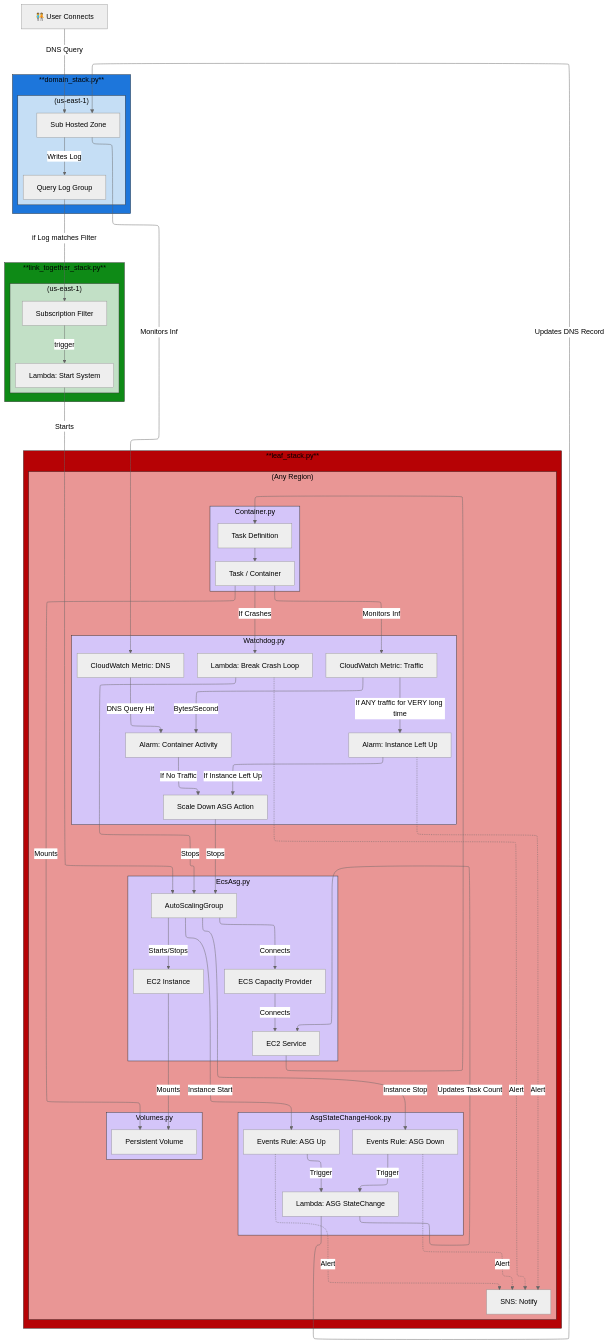
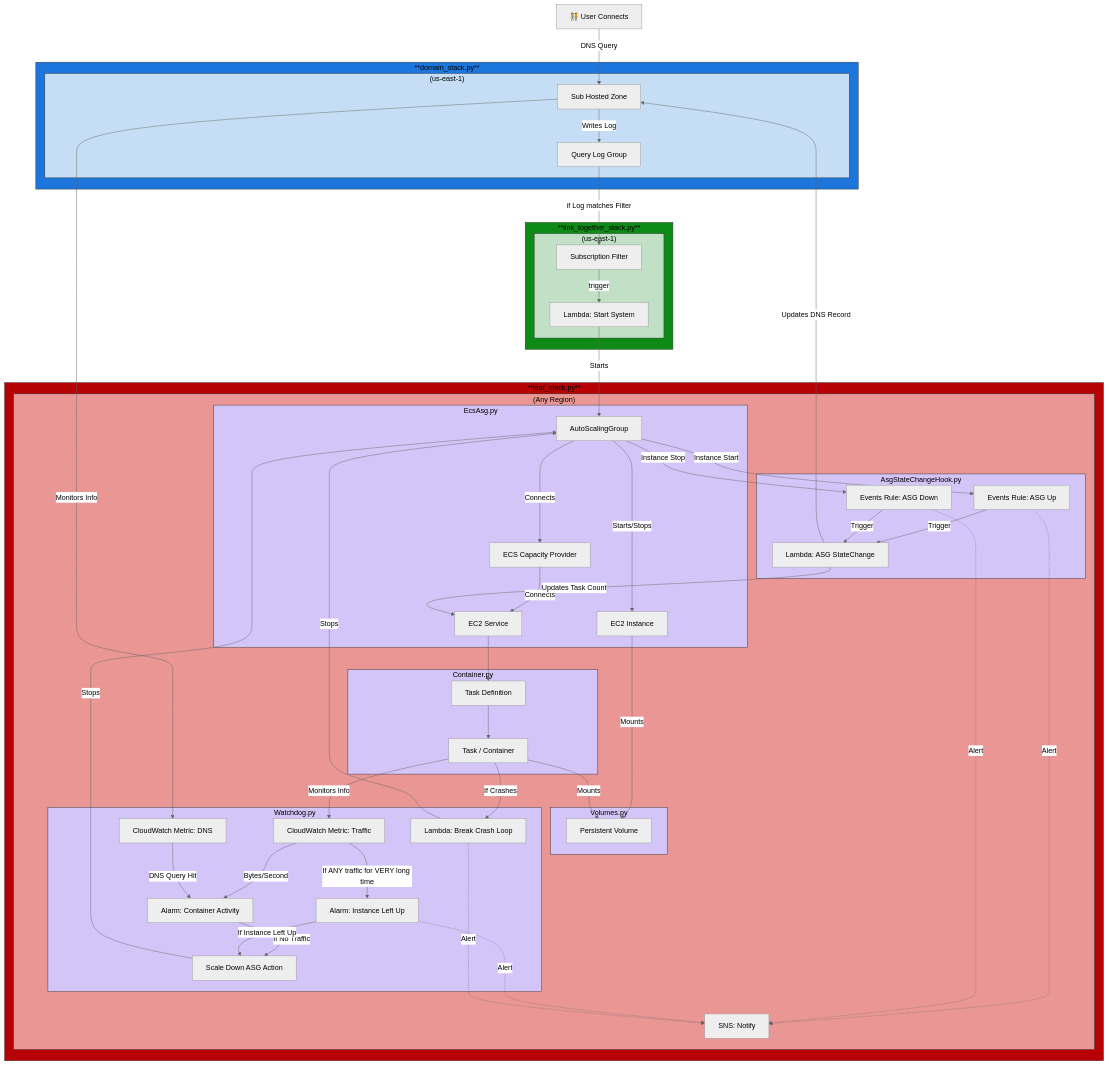
The diagram in ContainerManager/leaf_stack/README.md (Cameronsplaze/AWS-ContainerManager), drawn with Mermaid (neutral theme) before and after one commit.

Commit message:
Elk renderer didn't work. Also added spaces to all arrows

````diff
--- a/ContainerManager/leaf_stack/README.md
+++ b/ContainerManager/leaf_stack/README.md
@@ -11,6 +11,5 @@
 ```mermaid
 %% Solid docs on Mermaid: https://content.mermaidchart.com/diagram-syntax/flowchart/
-%%{init: {"flowchart": {'defaultRenderer': 'elk'}}}%%
 flowchart TD
     %% Colors:
     %% fill=background, color=font, stroke=border
@@ -31,12 +30,12 @@
             sub-hosted-zone[Sub Hosted Zone]
             query-log-group[Query Log Group]
 
-            sub-hosted-zone --Writes Log--> query-log-group
+            sub-hosted-zone --" Writes Log "--> query-log-group
         end
     end
     class domain_stack blue_outer
     class domain_stack_inner blue_inner
-    user-connects --DNS Query--> sub-hosted-zone
+    user-connects --" DNS Query "--> sub-hosted-zone
 
     %% LINK TOGETHER STACK SUBGRAPH
     subgraph link_together_stack["**link_together_stack.py**"]
@@ -44,12 +43,12 @@
             subscription-filter[Subscription Filter]
             lambda-start-system[Lambda: Start System]
 
-            subscription-filter --trigger--> lambda-start-system
+            subscription-filter --" trigger "--> lambda-start-system
         end
     end
     class link_together_stack green_outer
     class link_together_stack_inner green_inner
-    query-log-group --if Log matches Filter--> subscription-filter
+    query-log-group --" if Log matches Filter "--> subscription-filter
 
     %% LEAF STACK SUBGRAPH
     subgraph leaf_stack["**leaf_stack.py**"]
@@ -62,9 +61,9 @@
                 Ec2Instance[EC2 Instance]
                 EcsCapacityProvider[ECS Capacity Provider]
 
-                Asg --Starts/Stops--> Ec2Instance
-                Asg --Connects--> EcsCapacityProvider
-                EcsCapacityProvider --Connects--> Ec2Service
+                Asg --" Starts/Stops "--> Ec2Instance
+                Asg --" Connects "--> EcsCapacityProvider
+                EcsCapacityProvider --" Connects "--> Ec2Service
             end
             class EcsAsg.py purple
 
@@ -73,24 +72,24 @@
                 events-rule-asg-down[Events Rule: ASG Down]
                 lambda-asg-StateChange[Lambda: ASG StateChange]
 
-                events-rule-asg-up --Trigger--> lambda-asg-StateChange
-                events-rule-asg-down --Trigger--> lambda-asg-StateChange
+                events-rule-asg-up --" Trigger "--> lambda-asg-StateChange
+                events-rule-asg-down --" Trigger "--> lambda-asg-StateChange
             end
             class AsgStateChangeHook.py purple
 
 
-            Asg --Instance Start--> events-rule-asg-up
-            Asg --Instance Stop--> events-rule-asg-down
-            events-rule-asg-up -.Alert..-> sns-notify
-            events-rule-asg-down -.Alert..-> sns-notify
-            lambda-asg-StateChange --Updates DNS Record--> sub-hosted-zone
-            lambda-asg-StateChange --Updates Task Count--> Ec2Service
+            Asg --" Instance Start "--> events-rule-asg-up
+            Asg --" Instance Stop "--> events-rule-asg-down
+            events-rule-asg-up -." Alert "..-> sns-notify
+            events-rule-asg-down -." Alert "..-> sns-notify
+            lambda-asg-StateChange --" Updates DNS Record "--> sub-hosted-zone
+            lambda-asg-StateChange --" Updates Task Count "--> Ec2Service
 
             subgraph Volumes.py
                 persistent-volume[Persistent Volume]
             end
             class Volumes.py purple
-            Ec2Instance --Mounts--> persistent-volume
+            Ec2Instance --" Mounts "--> persistent-volume
 
             subgraph Container.py
                 container[Task / Container]
@@ -100,7 +99,7 @@
             end
             class Container.py purple
             Ec2Service --> task-definition
-            container --Mounts--> persistent-volume
+            container --" Mounts "--> persistent-volume
 
             subgraph Watchdog.py
                 metric-traffic-in[CloudWatch Metric: Traffic]
@@ -110,23 +109,23 @@
                 alarm-instance-up[Alarm: Instance Left Up]
                 lambda-break-crash-loop[Lambda: Break Crash Loop]
 
-                metric-traffic-in --Bytes/Second--> alarm-container-activity
-                metric-traffic-dns --DNS Query Hit--> alarm-container-activity
-                alarm-container-activity --If No Traffic--> scale-down-asg-action
-                metric-traffic-in --If ANY traffic for VERY long time--> alarm-instance-up
-                alarm-instance-up --If Instance Left Up--> scale-down-asg-action
+                metric-traffic-in --" Bytes/Second "--> alarm-container-activity
+                metric-traffic-dns --" DNS Query Hit "--> alarm-container-activity
+                alarm-container-activity --" If No Traffic "--> scale-down-asg-action
+                metric-traffic-in --" If ANY traffic for VERY long time "--> alarm-instance-up
+                alarm-instance-up --" If Instance Left Up "--> scale-down-asg-action
             end
             class Watchdog.py purple
-            sub-hosted-zone --Monitors Info--> metric-traffic-dns
-            container --Monitors Info--> metric-traffic-in
-            scale-down-asg-action --Stops--> Asg
-            alarm-instance-up -.Alert..-> sns-notify
-            container --If Crashes--> lambda-break-crash-loop
-            lambda-break-crash-loop --Stops--> Asg
-            lambda-break-crash-loop -.Alert..-> sns-notify
+            sub-hosted-zone --" Monitors Info "--> metric-traffic-dns
+            container --" Monitors Info "--> metric-traffic-in
+            scale-down-asg-action --" Stops "--> Asg
+            alarm-instance-up -." Alert "..-> sns-notify
+            container --" If Crashes "--> lambda-break-crash-loop
+            lambda-break-crash-loop --" Stops "--> Asg
+            lambda-break-crash-loop -." Alert "..-> sns-notify
         end
     end
     class leaf_stack red_outer
     class leaf_stack_inner red_inner
-    lambda-start-system --Starts--> Asg
+    lambda-start-system --" Starts "--> Asg
 ```
````
